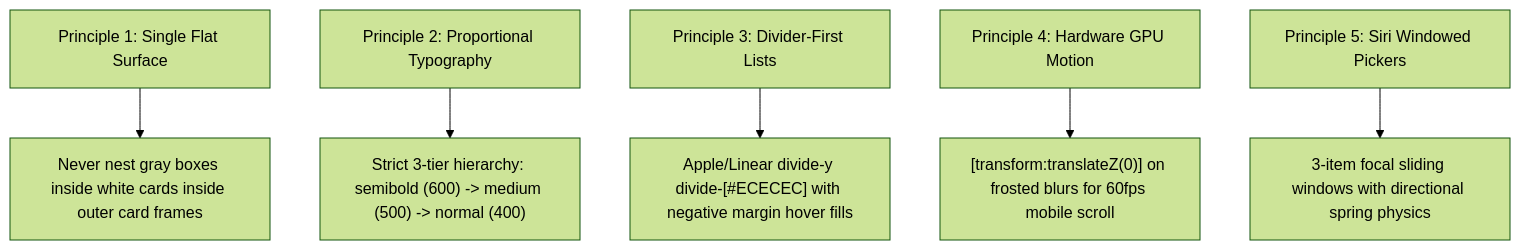
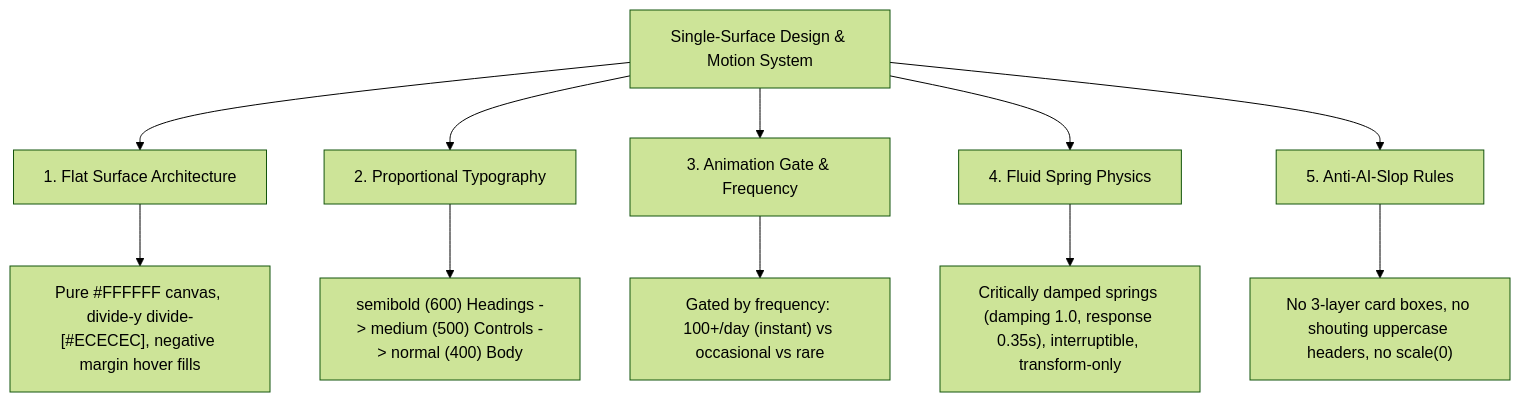
The diagram in SKILL.md (xlavreniuk/ramsian), drawn with Mermaid (forest theme) before and after one commit. The commit also changed other lines of this file and 6 other files, not shown here.

Commit message:
feat: synthesize craft engineering, Apple fluid spring physics, and animation decision framework

````diff
--- a/SKILL.md
+++ b/SKILL.md
@@ -14,8 +18,14 @@
 ```mermaid
 graph TD
-    A["Principle 1: Single Flat Surface"] --> B["Never nest gray boxes inside white cards inside outer card frames"]
-    C["Principle 2: Proportional Typography"] --> D["Strict 3-tier hierarchy: semibold (600) -> medium (500) -> normal (400)"]
-    E["Principle 3: Divider-First Lists"] --> F["Apple/Linear divide-y divide-[#ECECEC] with negative margin hover fills"]
-    G["Principle 4: Hardware GPU Motion"] --> H["[transform:translateZ(0)] on frosted blurs for 60fps mobile scroll"]
-    I["Principle 5: Siri Windowed Pickers"] --> J["3-item focal sliding windows with directional spring physics"]
+    A["Single-Surface Design & Motion System"] --> B["1. Flat Surface Architecture"]
+    A --> C["2. Proportional Typography"]
+    A --> D["3. Animation Gate & Frequency"]
+    A --> E["4. Fluid Spring Physics"]
+    A --> F["5. Anti-AI-Slop Rules"]
+
+    B --> B1["Pure #FFFFFF canvas, divide-y divide-[#ECECEC], negative margin hover fills"]
+    C --> C1["semibold (600) Headings -> medium (500) Controls -> normal (400) Body"]
+    D --> D1["Gated by frequency: 100+/day (instant) vs occasional vs rare"]
+    E --> E1["Critically damped springs (damping 1.0, response 0.35s), interruptible, transform-only"]
+    F --> F1["No 3-layer card boxes, no shouting uppercase headers, no scale(0)"]
 ```
````
